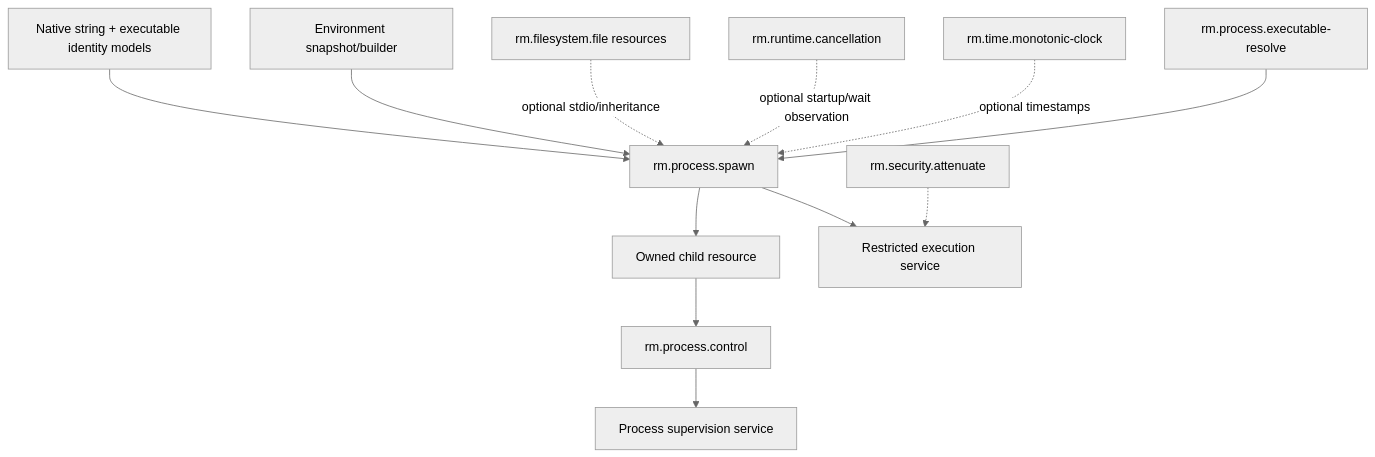
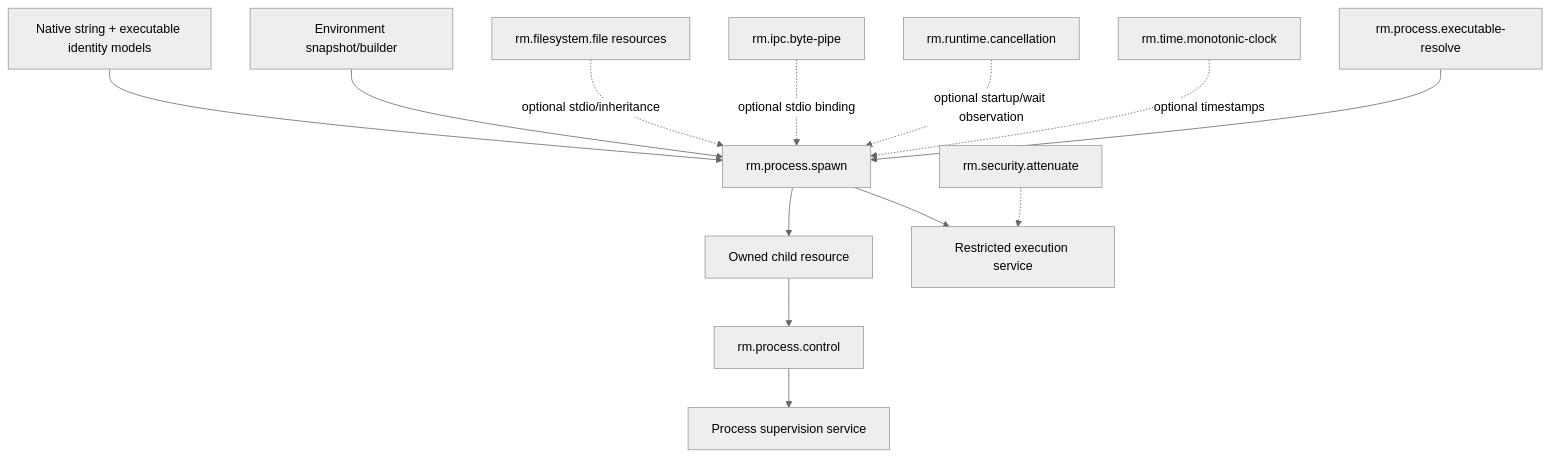
Before and after one commit to Rusty-Mill/rusty_foundation_akb: the diagram in docs/02-capabilities/process/README.md, drawn with Mermaid (neutral theme). The commit also changed other lines of this file and 16 other files, not shown here.

Commit message:
Define byte-pipe IPC and process profile integration

````diff
--- a/docs/02-capabilities/process/README.md
+++ b/docs/02-capabilities/process/README.md
@@ -16,14 +16,15 @@
 ```mermaid
 flowchart TD
     Native["Native string + executable identity models"] --> Spawn["rm.process.spawn"]
     Env["Environment snapshot/builder"] --> Spawn
     File["rm.filesystem.file resources"] -.->|"optional stdio/inheritance"| Spawn
+    Pipe["rm.ipc.byte-pipe"] -.->|"optional stdio binding"| Spawn
     Cancel["rm.runtime.cancellation"] -.->|"optional startup/wait observation"| Spawn
     Clock["rm.time.monotonic-clock"] -.->|"optional timestamps"| Spawn
     Resolve["rm.process.executable-resolve"] --> Spawn
     Spawn --> Child["Owned child resource"]
     Child --> Control["rm.process.control"]
     Control --> Supervision["Process supervision service"]
     Attenuate["rm.security.attenuate"] -.-> Restricted["Restricted execution service"]
     Spawn --> Restricted
 ```
````
